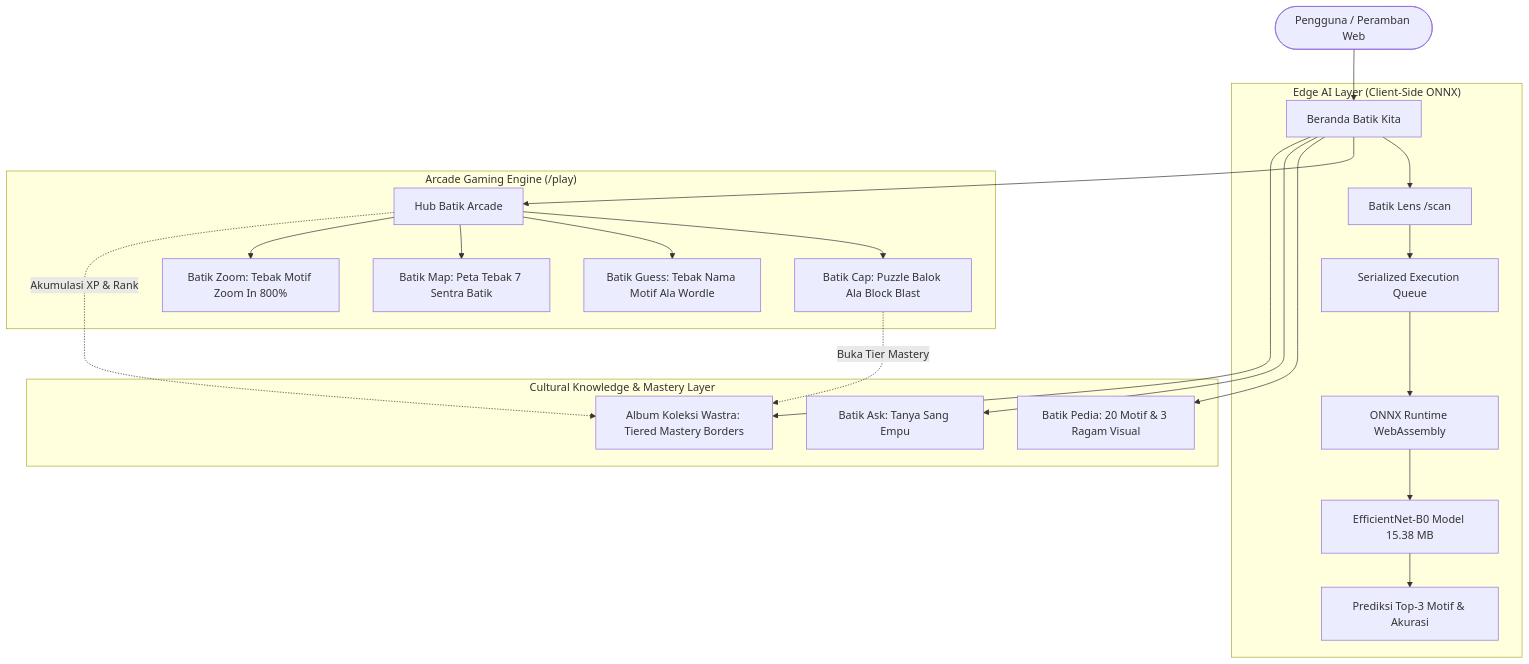
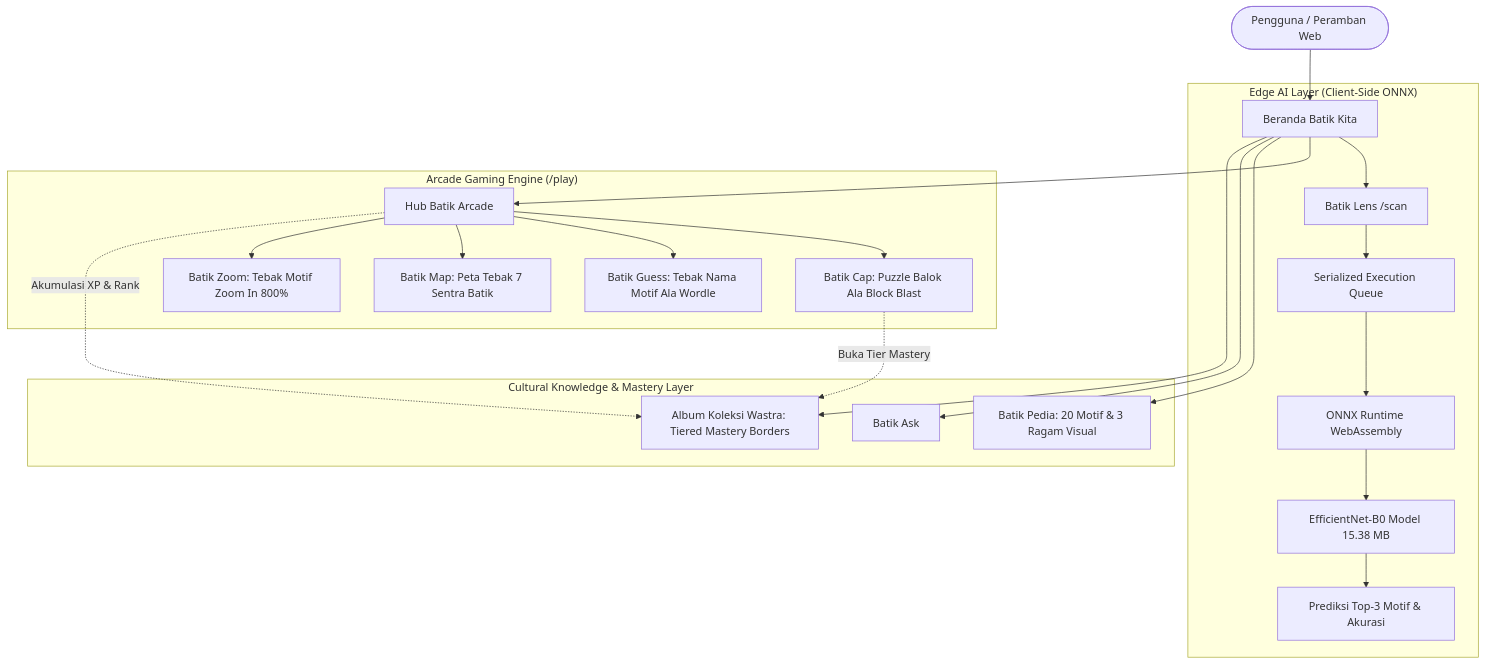
The diagram in README.md (Rkaaaa404/BatikKita), drawn with Mermaid before and after one commit. The commit also changed other lines of this file, not shown here.

First line of the commit message:
fix(data): correct batik motif list — replace Pamiluto with Tribusono

````diff
--- a/README.md
+++ b/README.md
@@ -48,28 +48,28 @@
 ```mermaid
 graph TD
     User([Pengguna / Peramban Web]) --> Landing[Beranda Batik Kita]
     
     subgraph "Edge AI Layer (Client-Side ONNX)"
         Landing --> Lens[Batik Lens /scan]
         Lens --> Queue[Serialized Execution Queue]
         Queue --> WasmEngine[ONNX Runtime WebAssembly]
         WasmEngine --> Model[EfficientNet-B0 Model 15.38 MB]
         Model --> InferenceResult[Prediksi Top-3 Motif & Akurasi]
     end
     
     subgraph "Arcade Gaming Engine (/play)"
         Landing --> ArcadeHub[Hub Batik Arcade]
         ArcadeHub --> Cap[Batik Cap: Puzzle Balok Ala Block Blast]
         ArcadeHub --> Guess[Batik Guess: Tebak Nama Motif Ala Wordle]
         ArcadeHub --> MapGame[Batik Map: Peta Tebak 7 Sentra Batik]
         ArcadeHub --> ZoomGame[Batik Zoom: Tebak Motif Zoom In 800%]
     end
     
     subgraph "Cultural Knowledge & Mastery Layer"
         Landing --> Pedia[Batik Pedia: 20 Motif & 3 Ragam Visual]
-        Landing --> Ask[Batik Ask: Tanya Sang Empu]
+        Landing --> Ask[Batik Ask]
         Landing --> Collection[Album Koleksi Wastra: Tiered Mastery Borders]
         Cap -.->|Buka Tier Mastery| Collection
         ArcadeHub -.->|Akumulasi XP & Rank| Collection
     end
 ```
````
